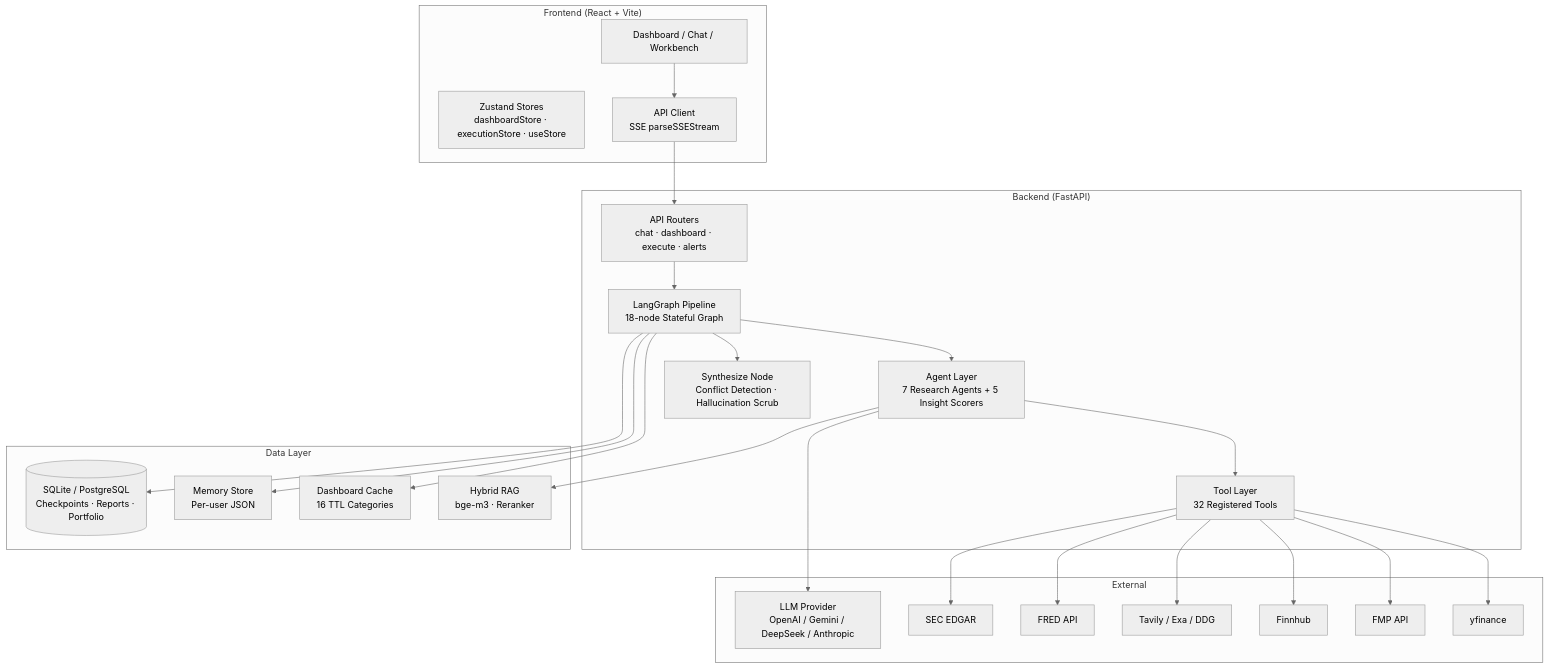
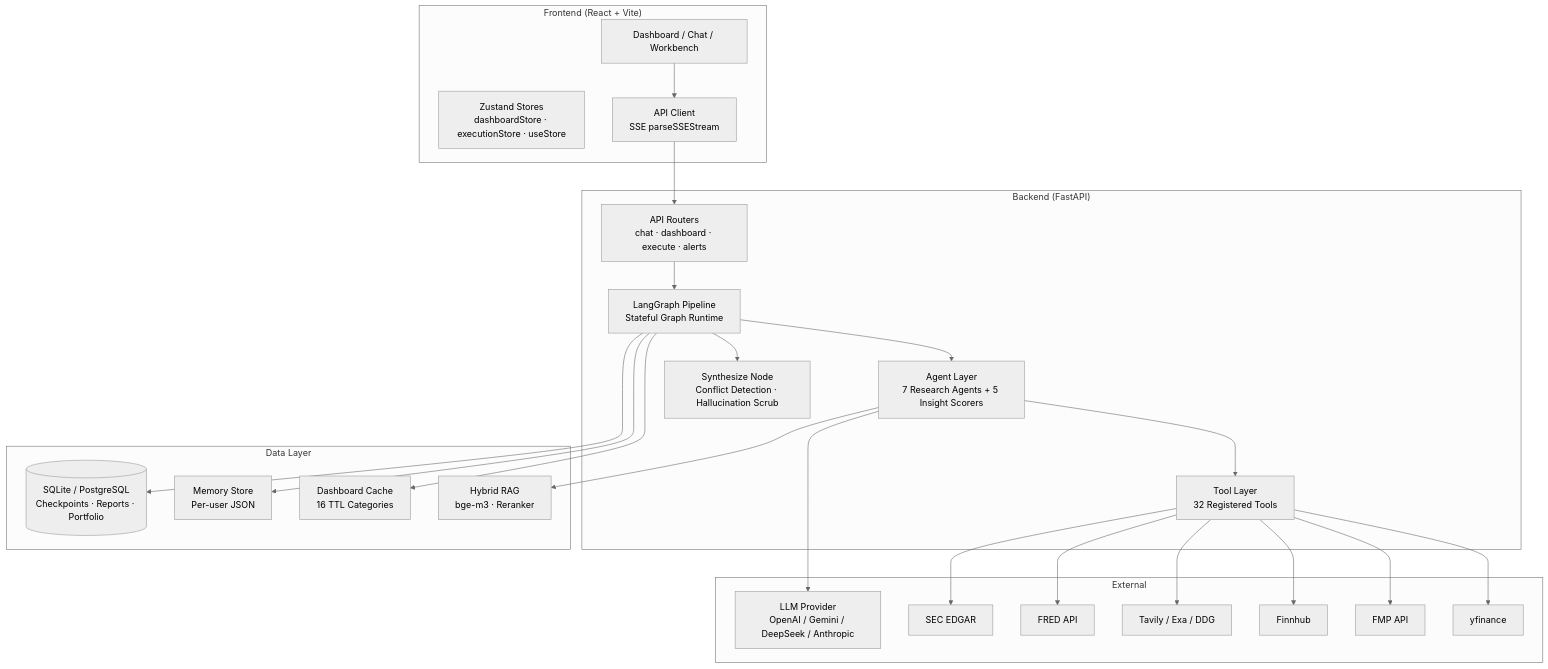
The first of 7 diagrams in README.md (kkkano/FinSight), drawn with Mermaid (neutral theme) before and after one commit. The commit also changed other lines of this file and 26 other files, not shown here.

````diff
--- a/README.md
+++ b/README.md
@@ -203,41 +203,41 @@
 ```mermaid
 graph TB
     subgraph "Frontend (React + Vite)"
         UI[Dashboard / Chat / Workbench]
         STORE[Zustand Stores<br/>dashboardStore · executionStore · useStore]
         API_CLIENT[API Client<br/>SSE parseSSEStream]
     end
 
     subgraph "Backend (FastAPI)"
         ROUTER[API Routers<br/>chat · dashboard · execute · alerts]
-        GRAPH[LangGraph Pipeline<br/>18-node Stateful Graph]
+        GRAPH[LangGraph Pipeline<br/>Stateful Graph Runtime]
         AGENTS[Agent Layer<br/>7 Research Agents + 5 Insight Scorers]
         TOOLS[Tool Layer<br/>32 Registered Tools]
         SYNTH[Synthesize Node<br/>Conflict Detection · Hallucination Scrub]
     end
 
     subgraph "Data Layer"
         RAG[Hybrid RAG<br/>bge-m3 · Reranker]
         CACHE[Dashboard Cache<br/>16 TTL Categories]
         MEMORY[Memory Store<br/>Per-user JSON]
         DB[(SQLite / PostgreSQL<br/>Checkpoints · Reports · Portfolio)]
     end
 
     subgraph "External"
         YFINANCE[yfinance]
         FMP[FMP API]
         FINNHUB[Finnhub]
         TAVILY[Tavily / Exa / DDG]
         FRED[FRED API]
         SEC[SEC EDGAR]
         LLM_API[LLM Provider<br/>OpenAI / Gemini / DeepSeek / Anthropic]
     end
 
     UI --> API_CLIENT --> ROUTER
     ROUTER --> GRAPH --> AGENTS --> TOOLS
     GRAPH --> SYNTH
     TOOLS --> YFINANCE & FMP & FINNHUB & TAVILY & FRED & SEC
     AGENTS --> LLM_API
     AGENTS --> RAG
     GRAPH --> CACHE & MEMORY & DB
 ```
````
